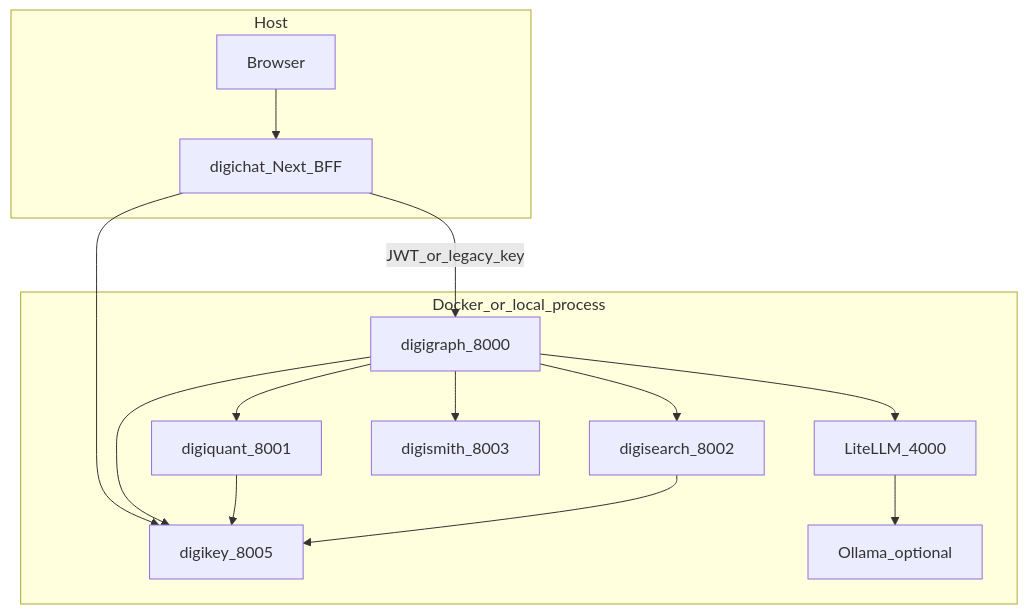
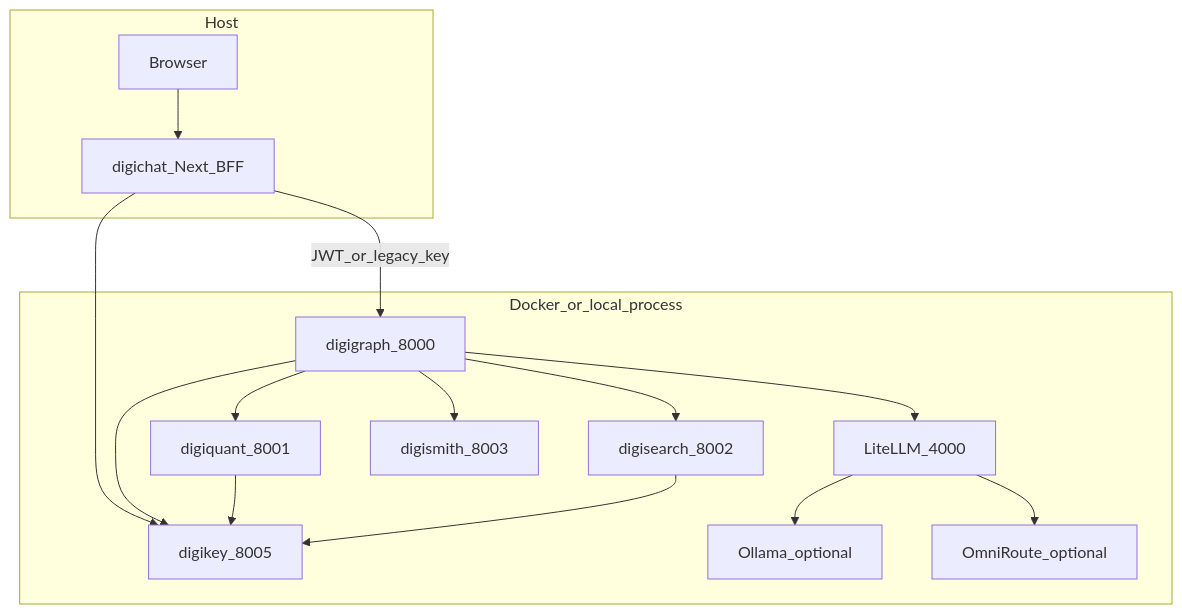
Before and after one commit to digithings-ai/digithings: the diagram in docs/LOCAL_STACK.md, drawn with Mermaid. The commit also changed other lines of this file and 3319 other files, not shown here.

````diff
--- a/docs/LOCAL_STACK.md
+++ b/docs/LOCAL_STACK.md
@@ -7,27 +7,29 @@
 ```mermaid
 flowchart TB
   subgraph host [Host]
     Browser[Browser]
     Next[digichat_Next_BFF]
   end
   subgraph stack [Docker_or_local_process]
     DK[digikey_8005]
     LM[LiteLLM_4000]
     DG[digigraph_8000]
     DQ[digiquant_8001]
     DS[digisearch_8002]
     SM[digismith_8003]
     Oll[Ollama_optional]
+    Omni[OmniRoute_optional]
   end
   Browser --> Next
   Next -->|"JWT_or_legacy_key"| DG
   Next --> DK
   DG --> LM
   DG --> DQ
   DG --> DS
   DG --> SM
   LM --> Oll
+  LM --> Omni
   DG --> DK
   DQ --> DK
   DS --> DK
 ```
````
